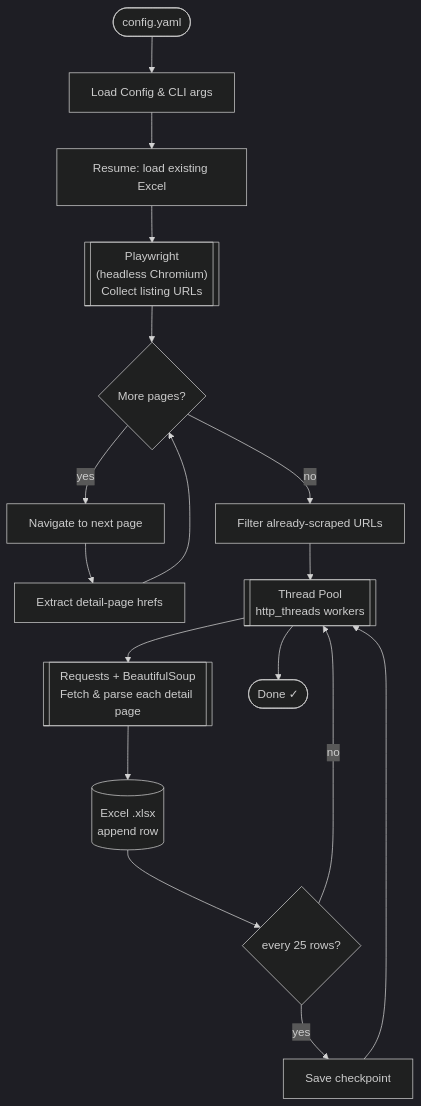
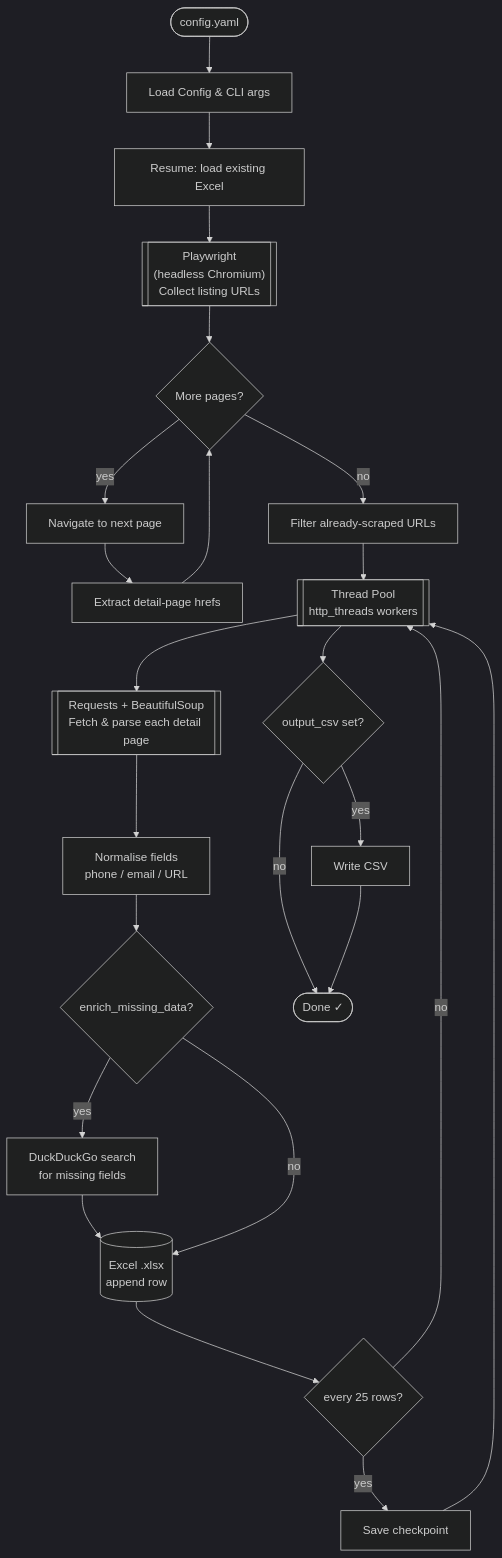
Before and after one commit to jakobeichberger/Business-Directory-Scraper: the first of 2 diagrams in README.md, drawn with Mermaid (dark theme). The commit also changed other lines of this file and 2 other files, not shown here.

Commit message:
Improve usability, data structure, and missing-data handling

````diff
--- a/README.md
+++ b/README.md
@@ -15,19 +16,26 @@
 ```mermaid
 flowchart TD
     A([config.yaml]) --> B[Load Config & CLI args]
     B --> C[Resume: load existing Excel]
     C --> D[["Playwright\n(headless Chromium)\nCollect listing URLs"]]
     D --> E{More pages?}
     E -- yes --> F[Navigate to next page]
     F --> G[Extract detail-page hrefs]
     G --> E
     E -- no --> H[Filter already-scraped URLs]
     H --> I[["Thread Pool\nhttp_threads workers"]]
     I --> J[["Requests + BeautifulSoup\nFetch & parse each detail page"]]
-    J --> K[(Excel .xlsx\nappend row)]
-    K --> L{every 25 rows?}
-    L -- yes --> M[Save checkpoint]
-    M --> I
-    L -- no --> I
-    I --> N([Done ✓])
+    J --> K[Normalise fields\nphone / email / URL]
+    K --> L{enrich_missing_data?}
+    L -- yes --> M[DuckDuckGo search\nfor missing fields]
+    M --> N[(Excel .xlsx\nappend row)]
+    L -- no --> N
+    N --> O{every 25 rows?}
+    O -- yes --> P[Save checkpoint]
+    P --> I
+    O -- no --> I
+    I --> Q{output_csv set?}
+    Q -- yes --> R[Write CSV]
+    Q -- no --> S([Done ✓])
+    R --> S
 ```
````
